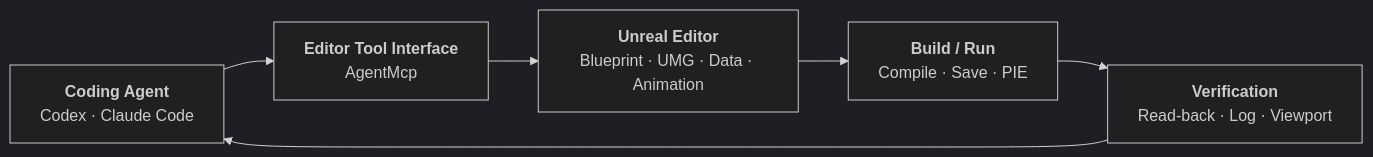
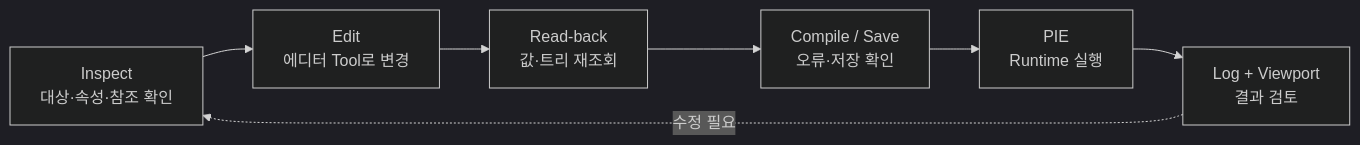
Before and after one commit to chungheonLee0325/Sonheim: the diagram in Doc/Wiki/14_Unreal_Editor_Automation_Verification.md, drawn with Mermaid (dark theme). The commit also changed other lines of this file, not shown here.

Commit message:
docs: ground editor automation wiki in Sonheim UI review and AgentMcp verification workflow

```diff
--- a/Doc/Wiki/14_Unreal_Editor_Automation_Verification.md
+++ b/Doc/Wiki/14_Unreal_Editor_Automation_Verification.md
@@ -22,11 +71,9 @@
 ~~~mermaid
 flowchart LR
-    AGENT["<b>Coding Agent</b><br/>Codex · Claude Code"]
-    MCP["<b>Editor Tool Interface</b><br/>AgentMcp"]
-    EDITOR["<b>Unreal Editor</b><br/>Blueprint · UMG · Data · Animation"]
-    BUILD["<b>Build / Run</b><br/>Compile · Save · PIE"]
-    VERIFY["<b>Verification</b><br/>Read-back · Log · Viewport"]
-
-    AGENT --> MCP --> EDITOR --> BUILD --> VERIFY
-    VERIFY --> AGENT
+    TARGET["Inspect<br/>대상·속성·참조 확인"] --> WRITE["Edit<br/>에디터 Tool로 변경"]
+    WRITE --> READ["Read-back<br/>값·트리 재조회"]
+    READ --> BUILD["Compile / Save<br/>오류·저장 확인"]
+    BUILD --> PIE["PIE<br/>Runtime 실행"]
+    PIE --> EVIDENCE["Log + Viewport<br/>결과 검토"]
+    EVIDENCE -. "수정 필요" .-> TARGET
 ~~~
```
